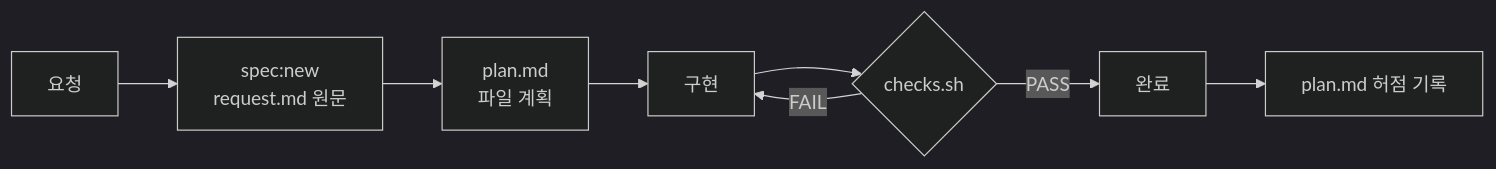
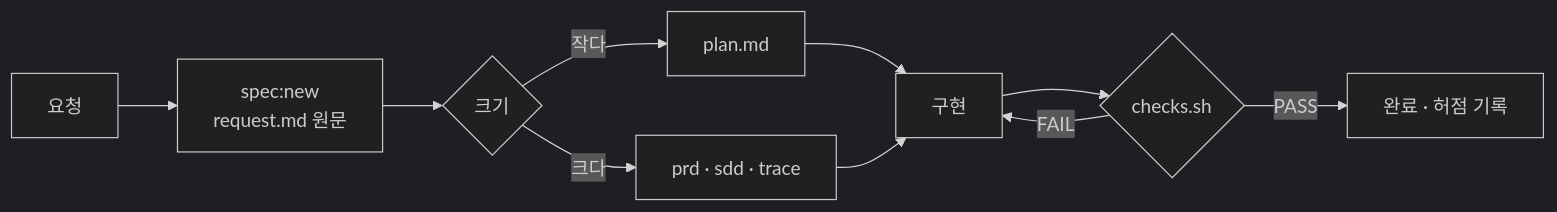
The diagram in README.md (kyungchan3007/harness-template), drawn with Mermaid (dark theme) before and after one commit. The commit also changed other lines of this file and 12 other files, not shown here.

First line of the commit message:
feat: Quick · Full Loop + 작업 의도 템플릿(prd · sdd · trace), README 최신화

````diff
--- a/README.md
+++ b/README.md
@@ -56,10 +65,12 @@
 ```mermaid
 flowchart LR
     A[요청] --> B[spec:new<br/>request.md 원문]
-    B --> C[plan.md<br/>파일 계획]
-    C --> D[구현]
-    D --> E{checks.sh}
-    E -- FAIL --> D
-    E -- PASS --> F[완료]
-    F --> G[plan.md 허점 기록]
+    B --> Q{크기}
+    Q -- 작다 --> C[plan.md]
+    Q -- 크다 --> D[prd · sdd · trace]
+    C --> E[구현]
+    D --> E
+    E --> F{checks.sh}
+    F -- FAIL --> E
+    F -- PASS --> G[완료 · 허점 기록]
 ```
````
